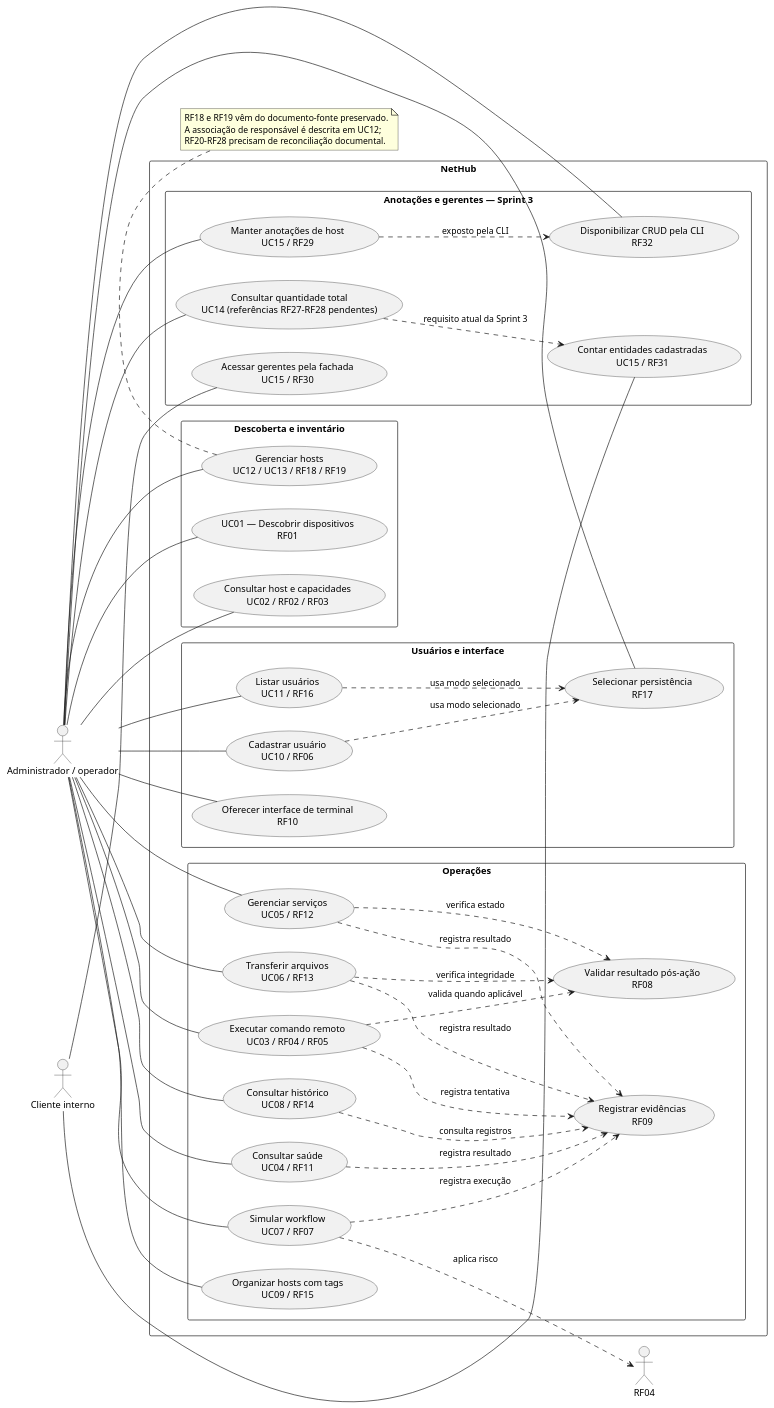
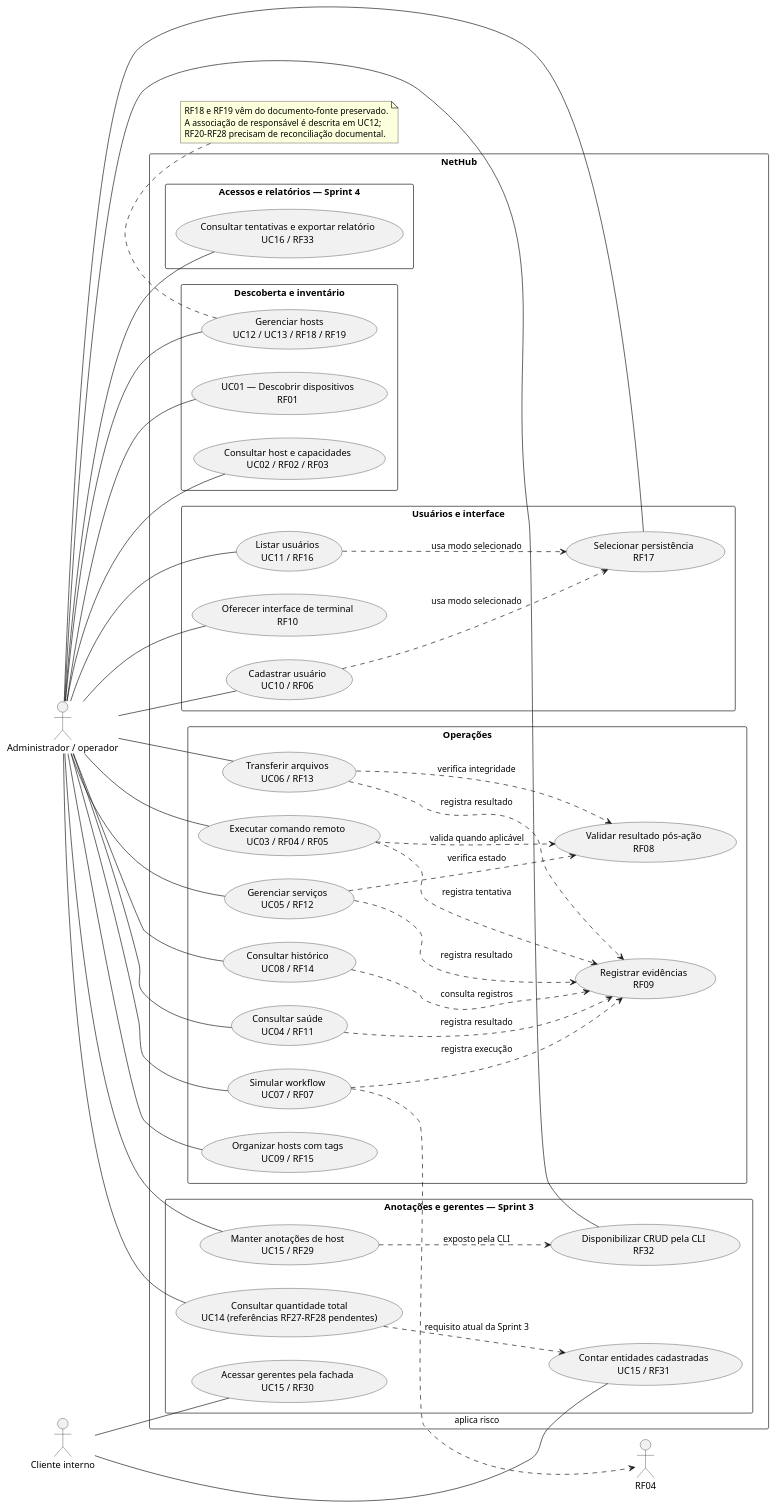
Before and after one commit to tupperwave/Projeto_MPS: the diagram in docs/04-casos-de-uso/diagrama-casos-de-uso-v2.puml, drawn with PlantUML. The commit also changed 50 other files, not shown here.

```diff
--- a/docs/04-casos-de-uso/diagrama-casos-de-uso-v2.puml
+++ b/docs/04-casos-de-uso/diagrama-casos-de-uso-v2.puml
@@ -1,80 +1,84 @@
 @startuml
 left to right direction
 skinparam packageStyle rectangle
 
 actor "Administrador / operador" as Operador
 actor "Cliente interno" as Cliente
 
 rectangle "NetHub" {
   package "Descoberta e inventário" {
     usecase "UC01 — Descobrir dispositivos\nRF01" as UC01
     usecase "Consultar host e capacidades\nUC02 / RF02 / RF03" as UC02
     usecase "Gerenciar hosts\nUC12 / UC13 / RF18 / RF19" as Hosts
   }
   package "Operações" {
     usecase "Executar comando remoto\nUC03 / RF04 / RF05" as UC03
     usecase "Consultar saúde\nUC04 / RF11" as UC04
     usecase "Gerenciar serviços\nUC05 / RF12" as UC05
     usecase "Transferir arquivos\nUC06 / RF13" as UC06
     usecase "Simular workflow\nUC07 / RF07" as UC07
     usecase "Validar resultado pós-ação\nRF08" as RF08
     usecase "Registrar evidências\nRF09" as RF09
     usecase "Consultar histórico\nUC08 / RF14" as UC08
     usecase "Organizar hosts com tags\nUC09 / RF15" as UC09
   }
   package "Usuários e interface" {
     usecase "Oferecer interface de terminal\nRF10" as RF10
     usecase "Cadastrar usuário\nUC10 / RF06" as UC10
     usecase "Listar usuários\nUC11 / RF16" as UC11
     usecase "Selecionar persistência\nRF17" as RF17
   }
   package "Anotações e gerentes — Sprint 3" {
     usecase "Manter anotações de host\nUC15 / RF29" as RF29
     usecase "Acessar gerentes pela fachada\nUC15 / RF30" as RF30
     usecase "Consultar quantidade total\nUC14 (referências RF27–RF28 pendentes)" as UC14
     usecase "Contar entidades cadastradas\nUC15 / RF31" as RF31
     usecase "Disponibilizar CRUD pela CLI\nRF32" as RF32
   }
+  package "Acessos e relatórios — Sprint 4" {
+    usecase "Consultar tentativas e exportar relatório\nUC16 / RF33" as UC16
+  }
 }
 
 Operador -- UC01
 Operador -- UC02
 Operador -- Hosts
 Operador -- UC03
 Operador -- UC04
 Operador -- UC05
 Operador -- UC06
 Operador -- UC07
 Operador -- UC08
 Operador -- UC09
 Operador -- UC10
 Operador -- UC11
 Operador -- RF10
 Operador -- RF17
 Operador -- RF29
 Operador -- RF32
+Operador -- UC16
 Cliente -- RF30
 Cliente -- RF31
 Operador -- UC14
 UC14 ..> RF31 : requisito atual da Sprint 3
 
 UC03 ..> RF08 : valida quando aplicável
 UC03 ..> RF09 : registra tentativa
 UC04 ..> RF09 : registra resultado
 UC05 ..> RF08 : verifica estado
 UC05 ..> RF09 : registra resultado
 UC06 ..> RF08 : verifica integridade
 UC06 ..> RF09 : registra resultado
 UC07 ..> RF04 : aplica risco
 UC07 ..> RF09 : registra execução
 UC08 ..> RF09 : consulta registros
 UC10 ..> RF17 : usa modo selecionado
 UC11 ..> RF17 : usa modo selecionado
 RF29 ..> RF32 : exposto pela CLI
 
 note bottom of Hosts
   RF18 e RF19 vêm do documento-fonte preservado.
   A associação de responsável é descrita em UC12;
   RF20–RF28 precisam de reconciliação documental.
 end note
 @enduml
```
